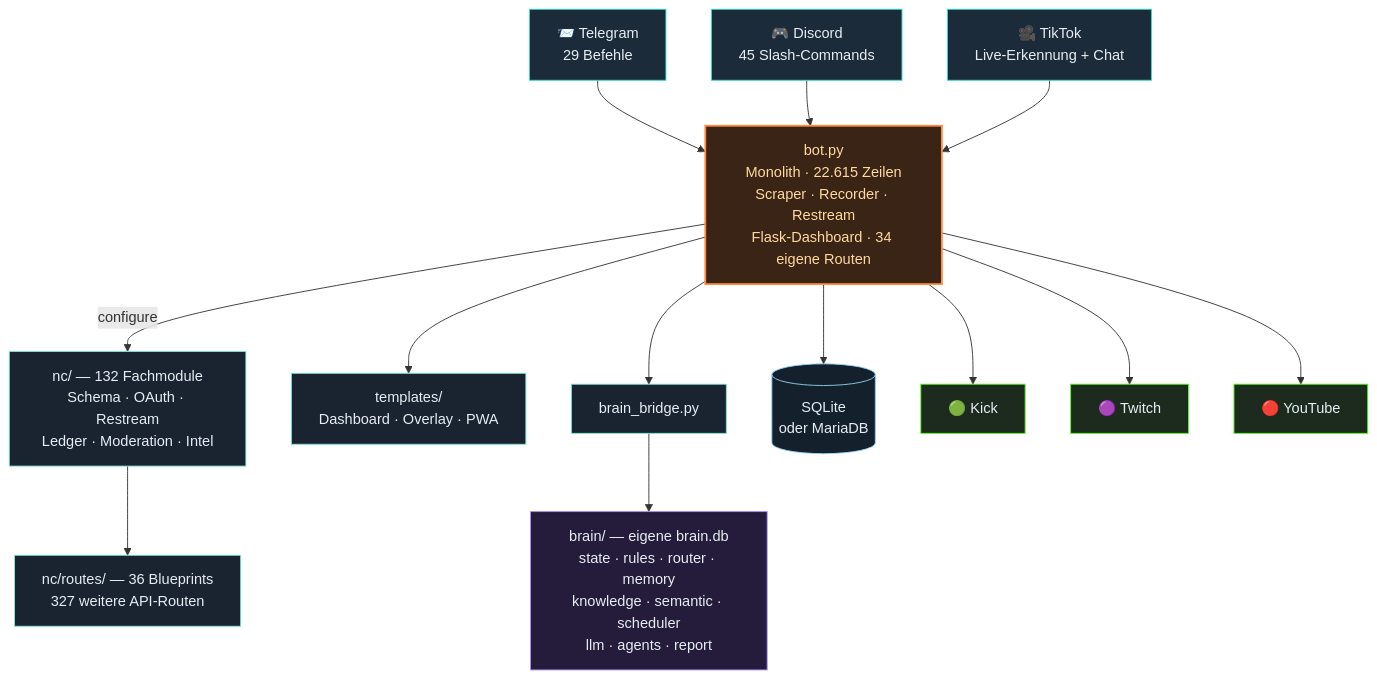
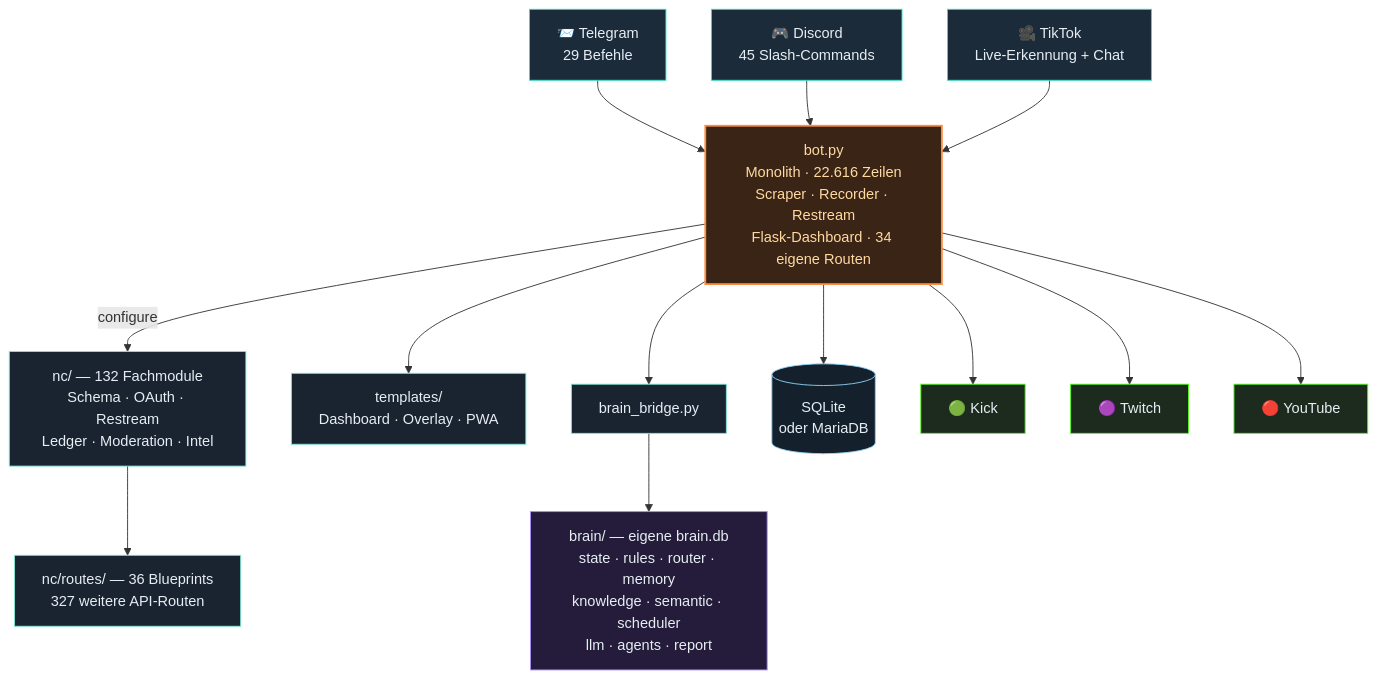
Before and after one commit to itsamemedev/Telegram-Stream-Info-Bot: the third of 4 diagrams in README.md, drawn with Mermaid. The commit also changed other lines of this file and 7 other files, not shown here.

````diff
--- a/README.md
+++ b/README.md
@@ -189,30 +189,30 @@
 ```mermaid
 flowchart TB
     TG["📨 Telegram<br/>29 Befehle"]:::ein
     DC["🎮 Discord<br/>45 Slash-Commands"]:::ein
     TT["🎥 TikTok<br/>Live-Erkennung + Chat"]:::ein
 
     TG --> BOT
     DC --> BOT
     TT --> BOT
 
-    BOT["bot.py<br/>Monolith · 22.615 Zeilen<br/>Scraper · Recorder · Restream<br/>Flask-Dashboard · 34 eigene Routen"]:::core
+    BOT["bot.py<br/>Monolith · 22.616 Zeilen<br/>Scraper · Recorder · Restream<br/>Flask-Dashboard · 34 eigene Routen"]:::core
 
     BOT -->|configure| NC["nc/ — 132 Fachmodule<br/>Schema · OAuth · Restream<br/>Ledger · Moderation · Intel"]:::lib
     NC --> RT["nc/routes/ — 36 Blueprints<br/>327 weitere API-Routen"]:::lib
     BOT --> TPL["templates/<br/>Dashboard · Overlay · PWA"]:::lib
     BOT --> BR["brain_bridge.py"]:::lib
     BR --> BRAIN["brain/ — eigene brain.db<br/>state · rules · router · memory<br/>knowledge · semantic · scheduler<br/>llm · agents · report"]:::brain
     BOT --> DB[("SQLite<br/>oder MariaDB")]:::db
 
     BOT --> KICK["🟢 Kick"]:::out
     BOT --> TW["🟣 Twitch"]:::out
     BOT --> YT["🔴 YouTube"]:::out
 
     classDef ein fill:#1c2b3a,stroke:#2de1c2,color:#e6edf3
     classDef core fill:#3a2415,stroke:#ff8c42,stroke-width:2px,color:#ffd9a0
     classDef lib fill:#1a2430,stroke:#7fe7d4,color:#e6edf3
     classDef brain fill:#241c3a,stroke:#a78bfa,color:#e6edf3
     classDef db fill:#14202c,stroke:#8fd3f4,color:#e6edf3
     classDef out fill:#1c2b1e,stroke:#53fc18,color:#e6edf3
 ```
````
